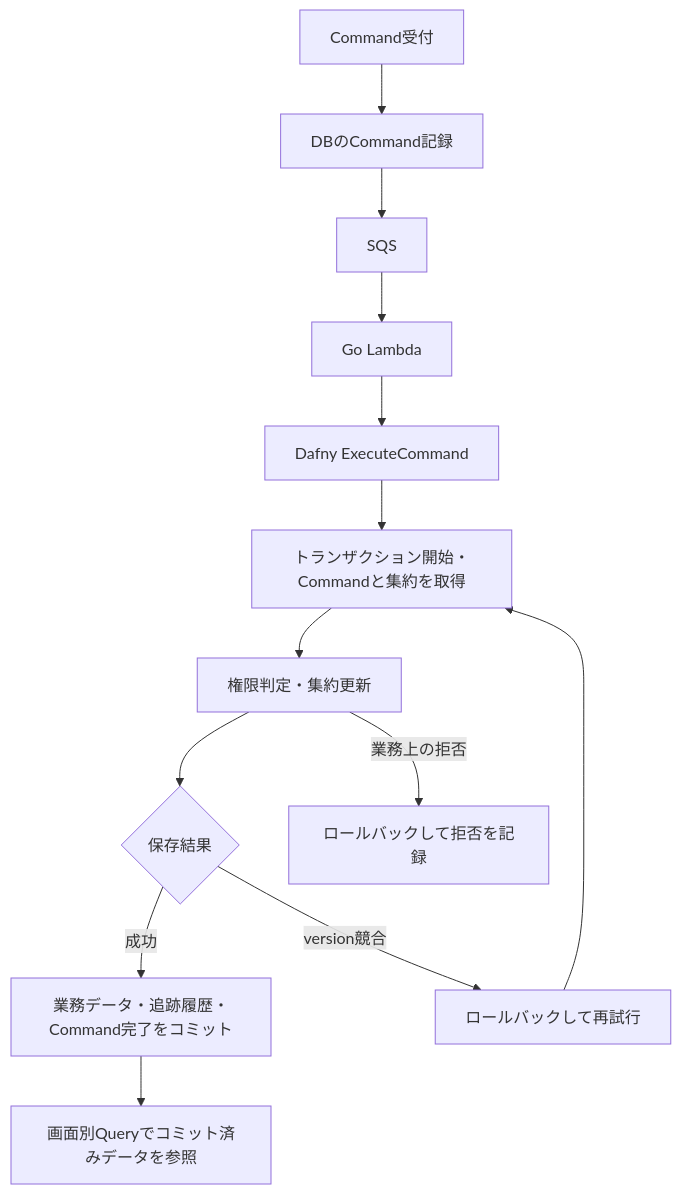
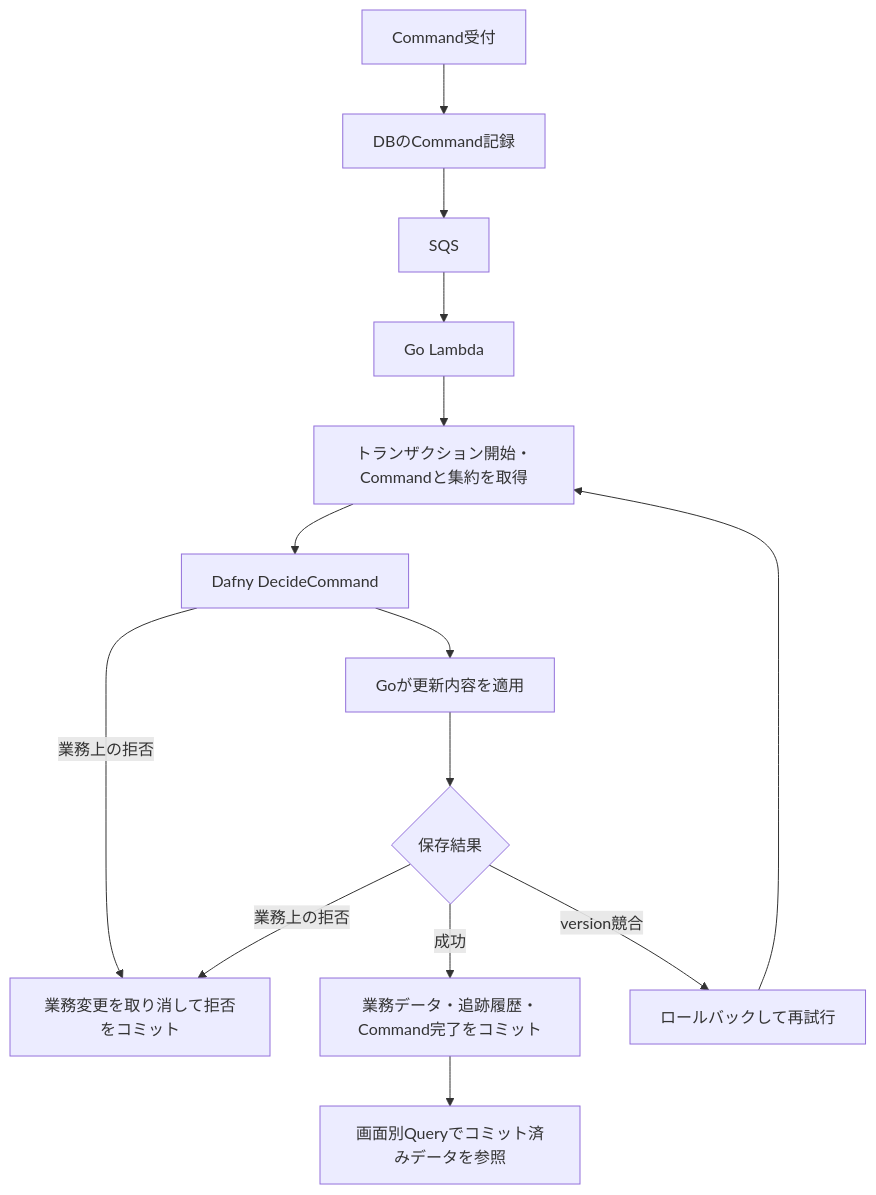
The second of 2 diagrams in docs/workflow.md (t-kuni/ddd-formal-example), drawn with Mermaid before and after one commit. The commit also changed other lines of this file and 20 other files, not shown here.

````diff
--- a/docs/workflow.md
+++ b/docs/workflow.md
@@ -88,15 +88,16 @@
 ```mermaid
 flowchart TB
  C["Command受付"] --> Q["DBのCommand記録"]
  Q --> S["SQS"]
  S --> L["Go Lambda"]
- L --> E["Dafny ExecuteCommand"]
- E --> D["トランザクション開始・Commandと集約を取得"]
- D --> F["権限判定・集約更新"]
+ L --> D["トランザクション開始・Commandと集約を取得"]
+ D --> E["Dafny DecideCommand"]
+ E --> F["Goが更新内容を適用"]
+ E -->|業務上の拒否| J["業務変更を取り消して拒否をコミット"]
  F --> V{"保存結果"}
  V -->|成功| T["業務データ・追跡履歴・Command完了をコミット"]
  V -->|version競合| R["ロールバックして再試行"]
  R --> D
- F -->|業務上の拒否| J["ロールバックして拒否を記録"]
+ V -->|業務上の拒否| J
  T --> P["画面別Queryでコミット済みデータを参照"]
 ```
````
